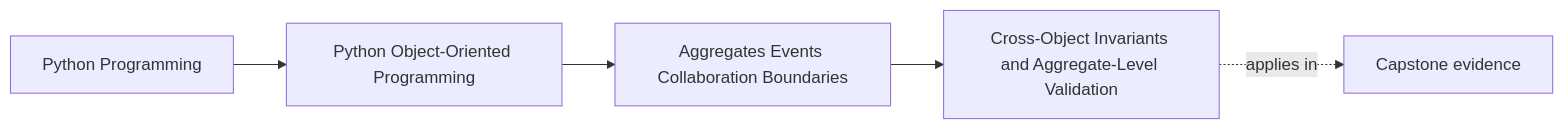
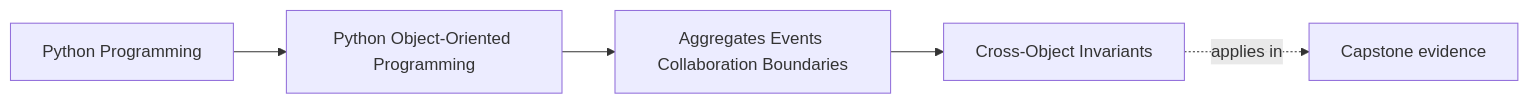
One commit to bijux/bijux-masterclass changed the first of 2 diagrams in programs/python-programming/python-object-oriented-programming/course-book/module-04-aggregates-events-collaboration-boundaries/cross-object-invariants.md. Above: the diagram before and after it, drawn with Mermaid. The commit also changed other lines of this file, not shown here.

Commit message:
docs(oop): centralize cross-object invariants in the boundary

````diff
--- a/programs/python-programming/python-object-oriented-programming/course-book/module-04-aggregates-events-collaboration-boundaries/cross-object-invariants.md
+++ b/programs/python-programming/python-object-oriented-programming/course-book/module-04-aggregates-events-collaboration-boundaries/cross-object-invariants.md
@@ -7,11 +6,11 @@
 ```mermaid
 graph LR
   family["Python Programming"]
   program["Python Object-Oriented Programming"]
   section["Aggregates Events Collaboration Boundaries"]
-  page["Cross-Object Invariants and Aggregate-Level Validation"]
+  page["Cross-Object Invariants"]
   capstone["Capstone evidence"]
 
   family --> program --> section --> page
   page -.applies in.-> capstone
 ```
````
